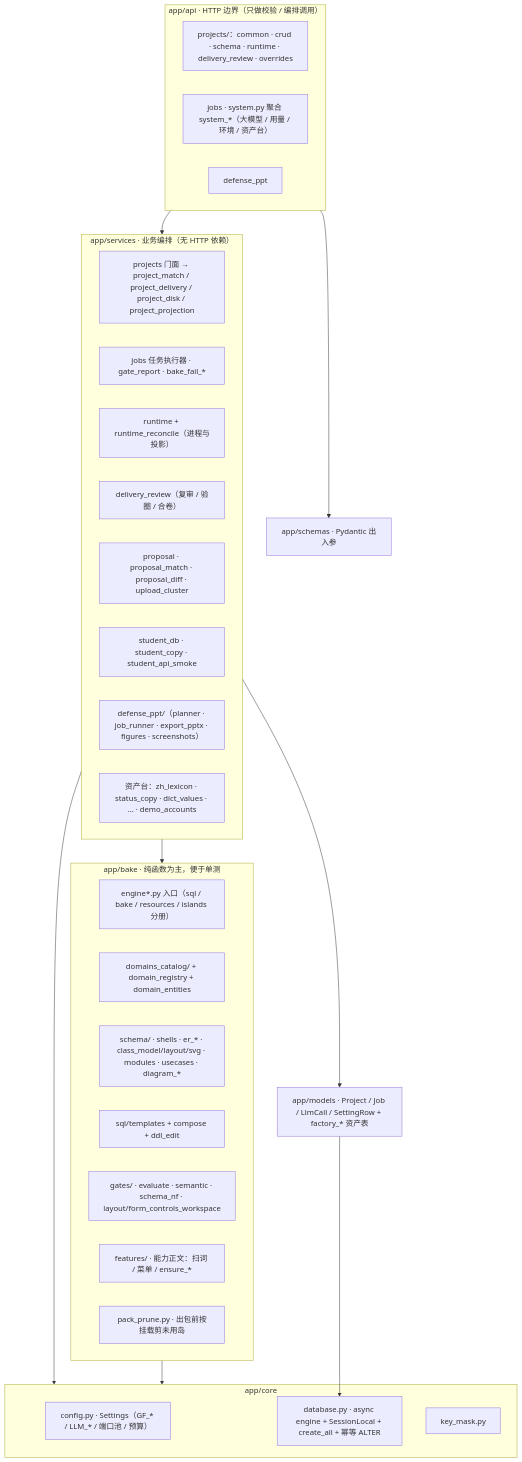
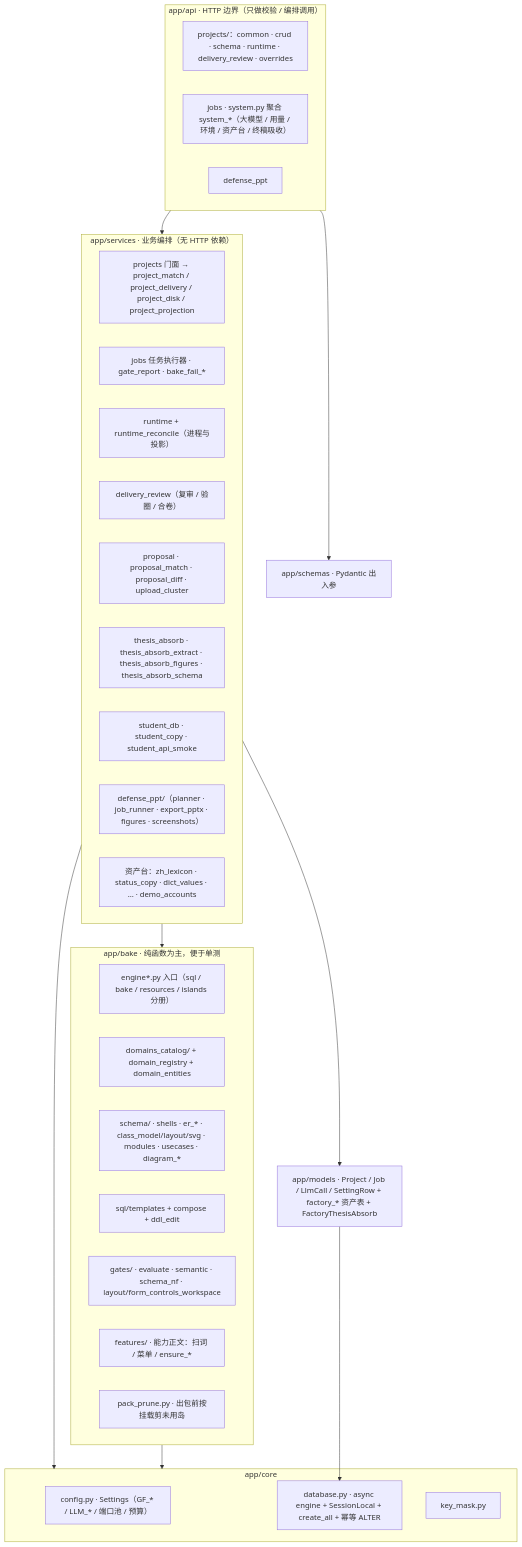
The fifth of 10 diagrams in ARCHITECTURE.md (Ta321487/Gate), drawn with Mermaid before and after one commit. The commit also changed other lines of this file and 5 other files, not shown here.

Commit message:
架构图与运营端原型同步现状：补终稿吸收与侧栏三段（工作台/运行与连接/资产台）。

````diff
--- a/ARCHITECTURE.md
+++ b/ARCHITECTURE.md
@@ -262,46 +265,47 @@
 ```mermaid
 flowchart TB
     subgraph API["app/api · HTTP 边界（只做校验 / 编排调用）"]
         A1["projects/：common · crud · schema · runtime · delivery_review · overrides"]
-        A2["jobs · system.py 聚合 system_*（大模型 / 用量 / 环境 / 资产台）"]
+        A2["jobs · system.py 聚合 system_*（大模型 / 用量 / 环境 / 资产台 / 终稿吸收）"]
         A3["defense_ppt"]
     end
 
     subgraph SERVICES["app/services · 业务编排（无 HTTP 依赖）"]
         SV1["projects 门面 → project_match / project_delivery / project_disk / project_projection"]
         SV2["jobs 任务执行器 · gate_report · bake_fail_*"]
         SV3["runtime + runtime_reconcile（进程与投影）"]
         SV4["delivery_review（复审 / 验圈 / 合卷）"]
         SV5["proposal · proposal_match · proposal_diff · upload_cluster"]
+        SV5A["thesis_absorb · thesis_absorb_extract · thesis_absorb_figures · thesis_absorb_schema"]
         SV6["student_db · student_copy · student_api_smoke"]
         SV7["defense_ppt/（planner · job_runner · export_pptx · figures · screenshots）"]
         SV8["资产台：zh_lexicon · status_copy · dict_values · … · demo_accounts"]
     end
 
     subgraph CORE["app/core"]
         C1["config.py · Settings（GF_* / LLM_* / 端口池 / 预算）"]
         C2["database.py · async engine + SessionLocal + create_all + 幂等 ALTER"]
         C3["key_mask.py"]
     end
 
     subgraph BAKE["app/bake · 纯函数为主，便于单测"]
         B1["engine*.py 入口（sql / bake / resources / islands 分册）"]
         B2["domains_catalog/ + domain_registry + domain_entities"]
         B3["schema/ · shells · er_* · class_model/layout/svg · modules · usecases · diagram_*"]
         B4["sql/templates + compose + ddl_edit"]
         B5["gates/ · evaluate · semantic · schema_nf · layout/form_controls_workspace"]
         B6["features/ · 能力正文：扫词 / 菜单 / ensure_*"]
         B7["pack_prune.py · 出包前按挂载剪未用岛"]
     end
 
-    MODELS["app/models · Project / Job / LlmCall / SettingRow + factory_* 资产表"]
+    MODELS["app/models · Project / Job / LlmCall / SettingRow + factory_* 资产表 + FactoryThesisAbsorb"]
     SCHEMAS["app/schemas · Pydantic 出入参"]
 
     API --> SERVICES
     SERVICES --> BAKE
     SERVICES --> MODELS
     API --> SCHEMAS
     SERVICES --> CORE
     BAKE --> CORE
     MODELS --> C2
 ```
````
